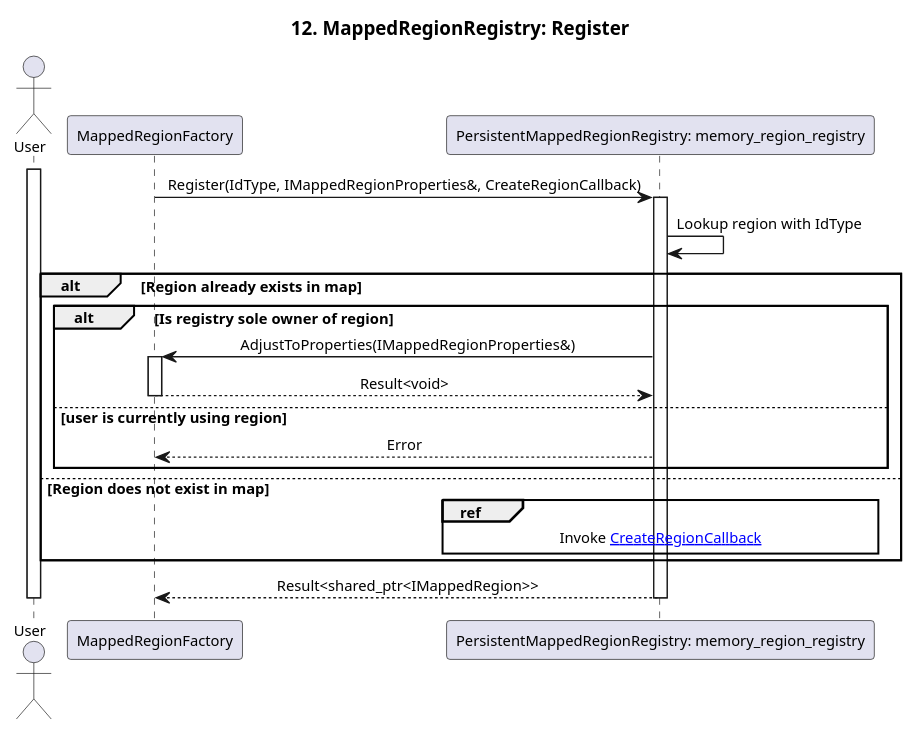
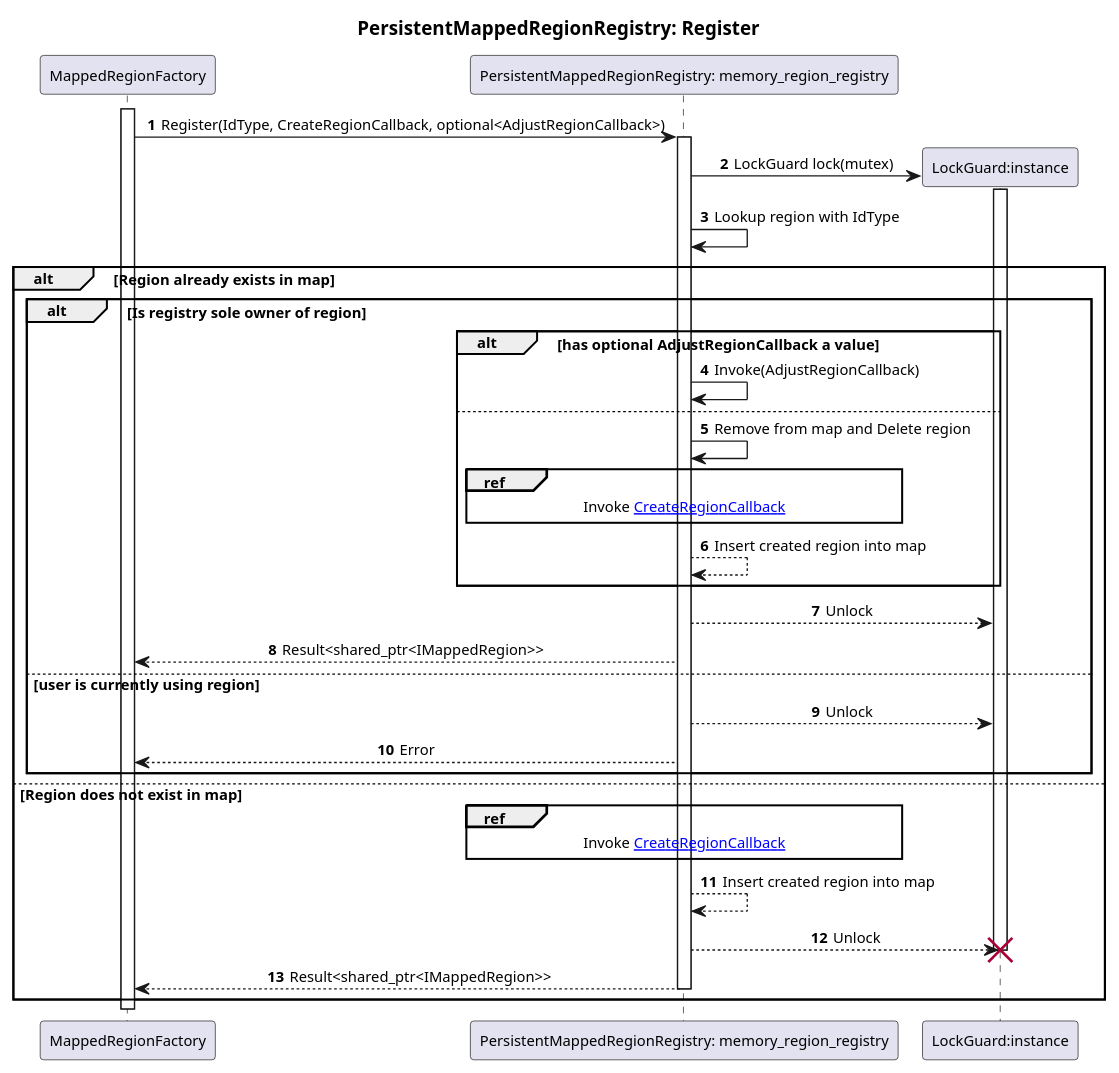
Before and after one commit to eclipse-score/communication: the diagram in score/memory/shared/design/redesign_proposal/assets/seq_12_persistent_mapped_region_registry_register.puml, drawn with PlantUML. The commit also changed 32 other files, not shown here.

Commit message:
Adapt sequences, class diagram and extended README.md

```diff
--- a/score/memory/shared/design/redesign_proposal/assets/seq_12_persistent_mapped_region_registry_register.puml
+++ b/score/memory/shared/design/redesign_proposal/assets/seq_12_persistent_mapped_region_registry_register.puml
@@ -1,44 +1,54 @@
-@startuml seq_12_mapped_region_registry_register
-title 12. MappedRegionRegistry: Register
+@startuml seq_12_persistent_mapped_region_registry_register
+autonumber
+title PersistentMappedRegionRegistry: Register
 skinparam defaultFontSize 11
 skinparam sequenceMessageAlign center
 
-actor "User" as User
 participant "MappedRegionFactory" as memory_region_factory
 participant "PersistentMappedRegionRegistry: memory_region_registry" as persistent_memory_region_registry
+participant "LockGuard:instance" as lock_guard
 
-activate User
+activate memory_region_factory
+memory_region_factory -> persistent_memory_region_registry : Register(IdType, CreateRegionCallback, optional<AdjustRegionCallback>)
+activate persistent_memory_region_registry
 
-memory_region_factory -> persistent_memory_region_registry : Register(IdType, IMappedRegionProperties&, CreateRegionCallback)
-activate persistent_memory_region_registry
+create lock_guard
+persistent_memory_region_registry -> lock_guard : LockGuard lock(mutex)
+activate lock_guard
 
 persistent_memory_region_registry -> persistent_memory_region_registry : Lookup region with IdType
 
 alt Region already exists in map
 
     alt Is registry sole owner of region
-        persistent_memory_region_registry -> memory_region_factory : AdjustToProperties(IMappedRegionProperties&)
-        activate memory_region_factory
-
-        memory_region_factory --> persistent_memory_region_registry : Result<void>
-        deactivate memory_region_factory
-        
+        alt has optional AdjustRegionCallback a value
+            persistent_memory_region_registry -> persistent_memory_region_registry : Invoke(AdjustRegionCallback)
+        else
+            persistent_memory_region_registry -> persistent_memory_region_registry : Remove from map and Delete region
+            ref over persistent_memory_region_registry
+                Invoke [[./seq_17_posix_named_mapped_region_create_callback.puml CreateRegionCallback]]
+            end ref
+            persistent_memory_region_registry --> persistent_memory_region_registry : Insert created region into map
+        end
+        persistent_memory_region_registry --> lock_guard : Unlock
+        persistent_memory_region_registry --> memory_region_factory : Result<shared_ptr<IMappedRegion>>
     else user is currently using region
+        persistent_memory_region_registry --> lock_guard : Unlock
         persistent_memory_region_registry --> memory_region_factory : Error
     end
 
 else Region does not exist in map
 
     ref over persistent_memory_region_registry
         Invoke [[./seq_17_posix_named_mapped_region_create_callback.puml CreateRegionCallback]]
     end ref
-
+    persistent_memory_region_registry --> persistent_memory_region_registry : Insert created region into map
+    persistent_memory_region_registry --> lock_guard : Unlock
+    destroy lock_guard
+    persistent_memory_region_registry --> memory_region_factory : Result<shared_ptr<IMappedRegion>>
+    deactivate persistent_memory_region_registry
 end
 
-persistent_memory_region_registry --> memory_region_factory : Result<shared_ptr<IMappedRegion>>
-deactivate persistent_memory_region_registry
-
 deactivate memory_region_factory
-deactivate User
 
 @enduml
```
